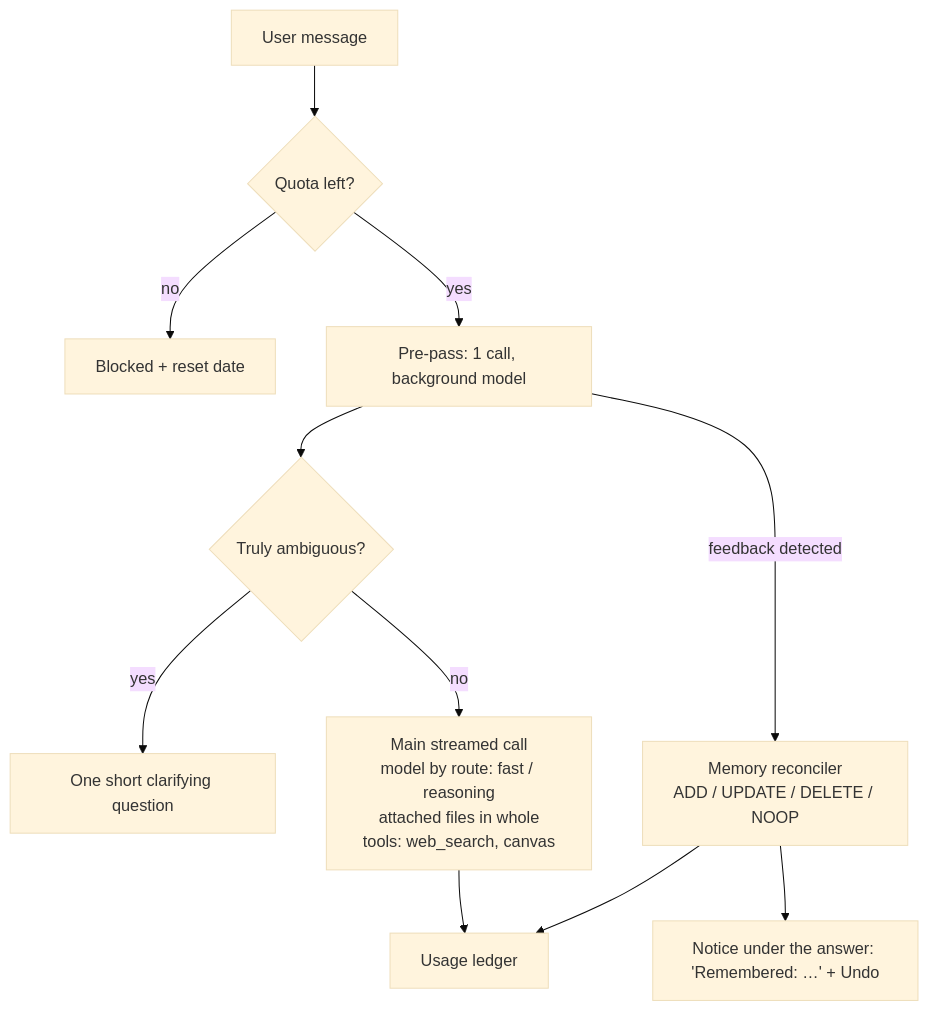
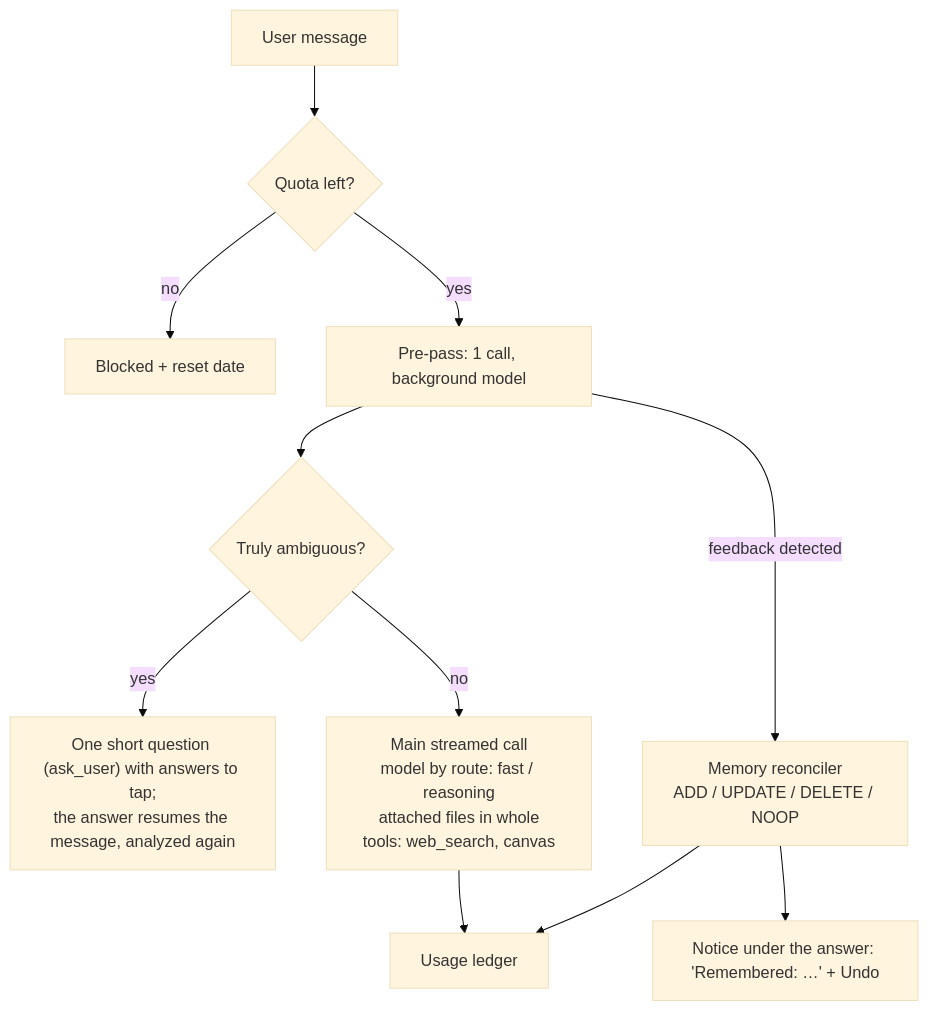
One commit to jonasroussel/open-agent changed the diagram in SPEC.md. Above: the diagram before and after it, drawn with Mermaid (base theme). The commit also changed other lines of this file and 12 other files, not shown here.

First line of the commit message:
Let the assistant ask the user, with answers to tap

````diff
--- a/SPEC.md
+++ b/SPEC.md
@@ -50,13 +50,13 @@
 ```mermaid
 flowchart TD
   A[User message] --> Q{Quota left?}
   Q -- no --> B[Blocked + reset date]
   Q -- yes --> P["Pre-pass: 1 call, background model"]
   P --> C{Truly ambiguous?}
-  C -- yes --> D[One short clarifying question]
+  C -- yes --> D["One short question (ask_user) with answers to tap;<br/>the answer resumes the message, analyzed again"]
   C -- no --> M["Main streamed call<br/>model by route: fast / reasoning<br/>attached files in whole<br/>tools: web_search, canvas"]
   P -- feedback detected --> R["Memory reconciler<br/>ADD / UPDATE / DELETE / NOOP"]
   R --> T["Notice under the answer: 'Remembered: …' + Undo"]
   M --> U[Usage ledger]
   R --> U
 ```
````
